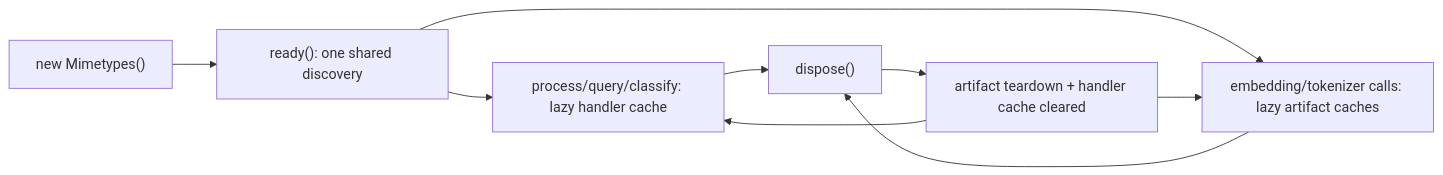
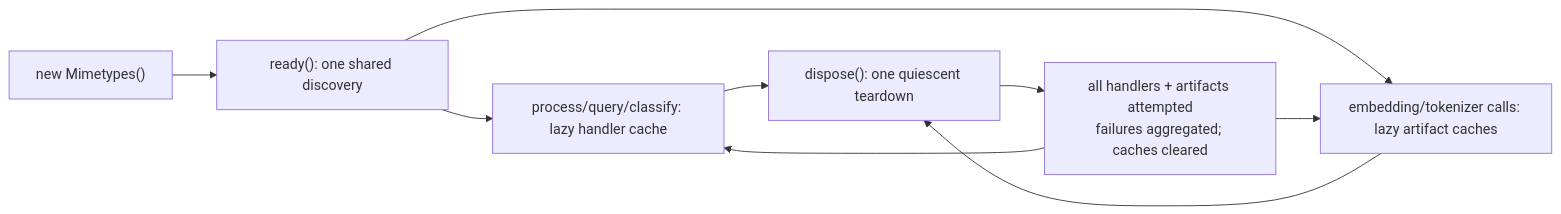
Before and after one commit to plurnk/plurnk-service: the first of 4 diagrams in plurnk-mimetypes/SPEC.md, drawn with Mermaid. The commit also changed other lines of this file and 9 other files, not shown here.

````diff
--- a/plurnk-mimetypes/SPEC.md
+++ b/plurnk-mimetypes/SPEC.md
@@ -50,11 +51,11 @@
 ```mermaid
 flowchart LR
     N["new Mimetypes()"] --> R["ready(): one shared discovery"]
     R --> H["process/query/classify: lazy handler cache"]
     R --> A["embedding/tokenizer calls: lazy artifact caches"]
-    H --> D["dispose()"]
+    H --> D["dispose(): one quiescent teardown"]
     A --> D
-    D --> X["artifact teardown + handler cache cleared"]
+    D --> X["all handlers + artifacts attempted<br/>failures aggregated; caches cleared"]
     X --> H
     X --> A
 ```
````
